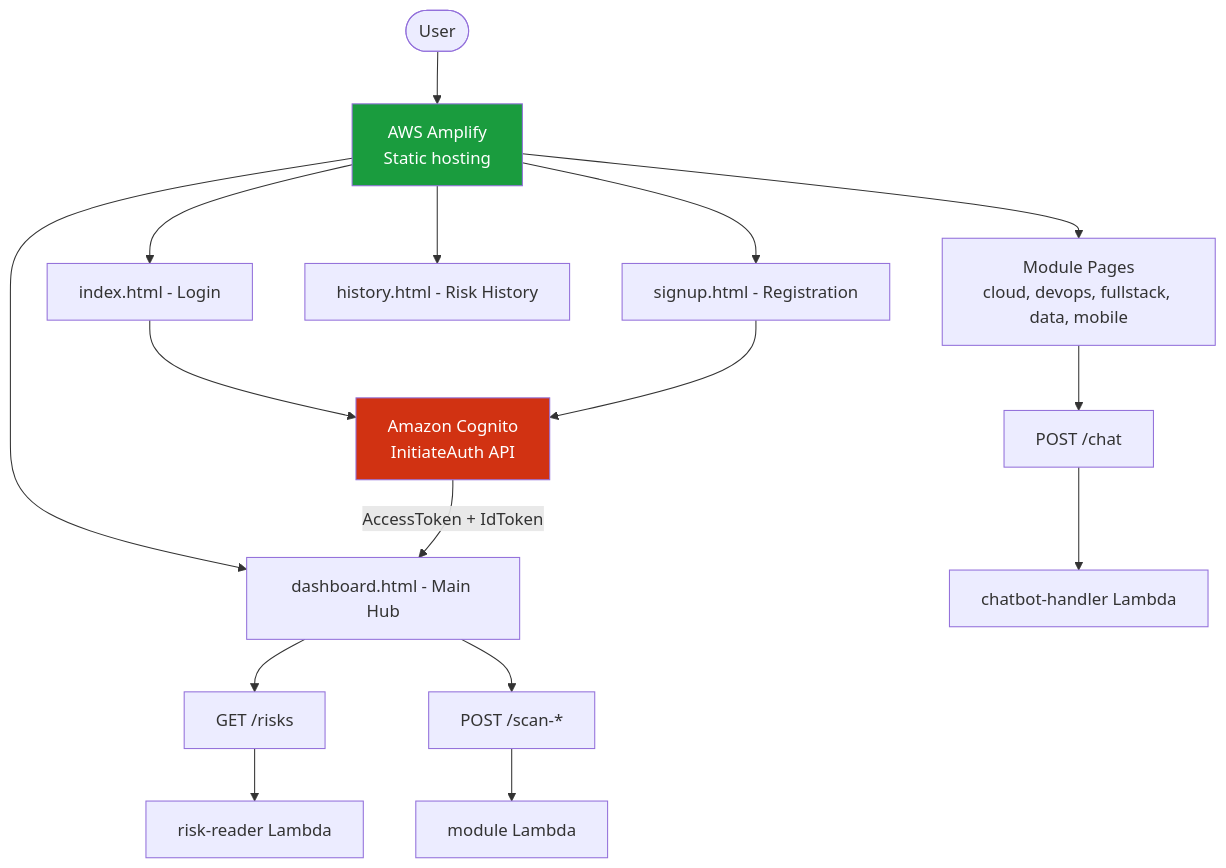
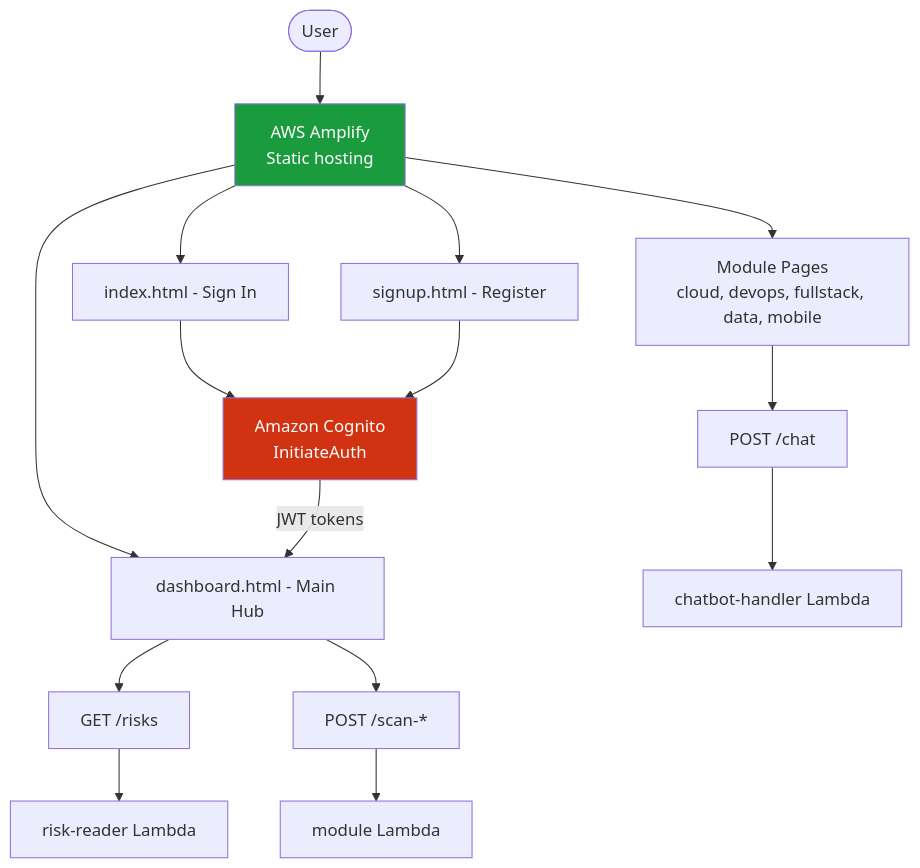
Before and after one commit to Sayyaddsameer/CloudSentinel_AI: diagram 12 of 12 in ARCHITECTURE.md, drawn with Mermaid. The commit also changed other lines of this file and 552 other files, not shown here.

````diff
--- a/ARCHITECTURE.md
+++ b/ARCHITECTURE.md
@@ -494,21 +493,20 @@
 ```mermaid
 flowchart TD
     User([User]) --> Amplify[AWS Amplify\nStatic hosting]
 
-    Amplify --> Login[index.html - Login]
-    Amplify --> Signup[signup.html - Registration]
+    Amplify --> Login[index.html - Sign In]
+    Amplify --> Signup[signup.html - Register]
     Amplify --> Dash[dashboard.html - Main Hub]
-    Amplify --> History[history.html - Risk History]
     Amplify --> Modules[Module Pages\ncloud, devops, fullstack, data, mobile]
 
-    Login --> Cognito[Amazon Cognito\nInitiateAuth API]
+    Login --> Cognito[Amazon Cognito\nInitiateAuth]
     Signup --> Cognito
-    Cognito -->|AccessToken + IdToken| Dash
+    Cognito -->|JWT tokens| Dash
 
     Dash --> APIGW_R[GET /risks] --> RR[risk-reader Lambda]
     Dash --> APIGW_S[POST /scan-*] --> Scanner[module Lambda]
     Modules --> APIGW_C[POST /chat] --> CH[chatbot-handler Lambda]
 
     style Amplify fill:#1A9C3E,color:#fff
     style Cognito fill:#D13212,color:#fff
 ```
````
